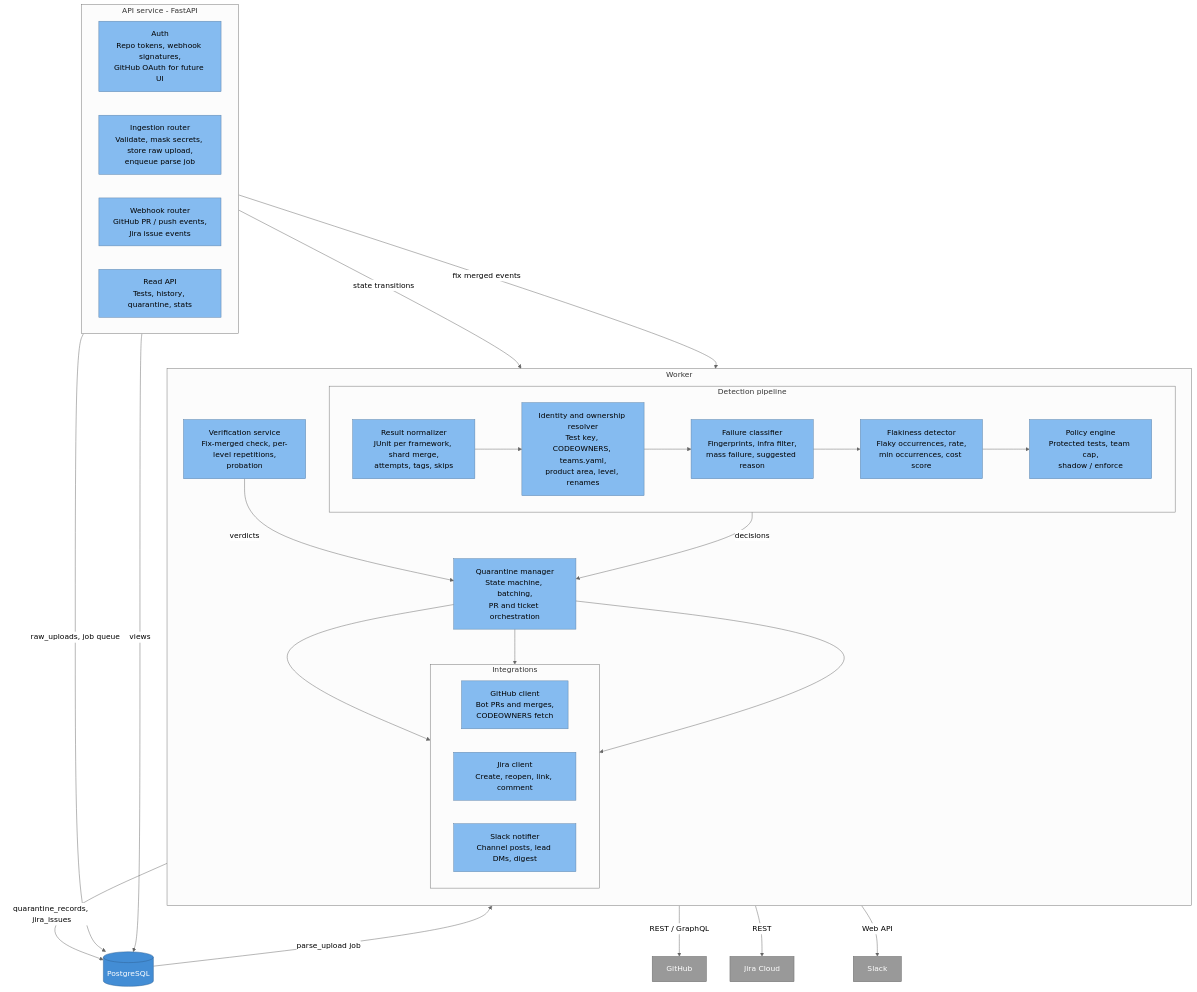
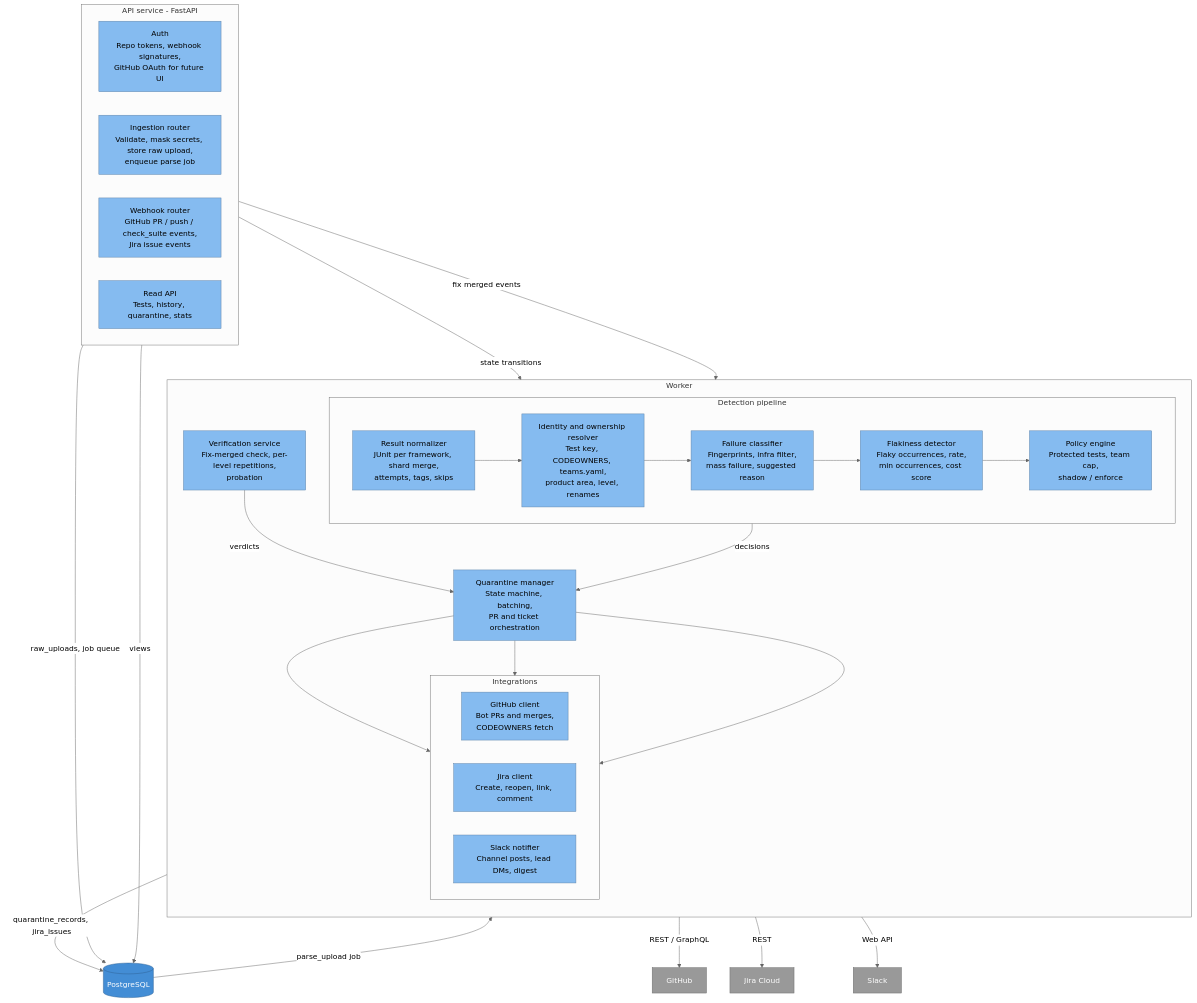
Before and after one commit to IrynaShkvirko/quarantine-tests: the third of 12 diagrams in docs/architecture.md, drawn with Mermaid (neutral theme). The commit also changed other lines of this file and 5 other files, not shown here.

````diff
--- a/docs/architecture.md
+++ b/docs/architecture.md
@@ -477,58 +477,58 @@
 ```mermaid
 flowchart TB
   subgraph apiB["API service - FastAPI"]
     direction LR
     auth["Auth<br/>Repo tokens, webhook signatures,<br/>GitHub OAuth for future UI"]
     ingest["Ingestion router<br/>Validate, mask secrets, store raw upload,<br/>enqueue parse job"]
-    hooks["Webhook router<br/>GitHub PR / push events,<br/>Jira issue events"]
+    hooks["Webhook router<br/>GitHub PR / push / check_suite events,<br/>Jira issue events"]
     read["Read API<br/>Tests, history, quarantine, stats"]
   end
 
   subgraph workerB["Worker"]
     direction TB
     subgraph pipeline["Detection pipeline"]
       direction LR
       norm["Result normalizer<br/>JUnit per framework, shard merge,<br/>attempts, tags, skips"]
       resolver["Identity and ownership resolver<br/>Test key, CODEOWNERS, teams.yaml,<br/>product area, level, renames"]
       classifier["Failure classifier<br/>Fingerprints, infra filter,<br/>mass failure, suggested reason"]
       detector["Flakiness detector<br/>Flaky occurrences, rate,<br/>min occurrences, cost score"]
       policy["Policy engine<br/>Protected tests, team cap,<br/>shadow / enforce"]
       norm --> resolver --> classifier --> detector --> policy
     end
     qm["Quarantine manager<br/>State machine, batching,<br/>PR and ticket orchestration"]
     verify["Verification service<br/>Fix-merged check, per-level repetitions,<br/>probation"]
     subgraph integ["Integrations"]
       direction LR
       ghc["GitHub client<br/>Bot PRs and merges,<br/>CODEOWNERS fetch"]
       jc["Jira client<br/>Create, reopen, link, comment"]
       sn["Slack notifier<br/>Channel posts, lead DMs, digest"]
     end
     policy -->|decisions| qm
     verify -->|verdicts| qm
     qm --> ghc
     qm --> jc
     qm --> sn
   end
 
   db[("PostgreSQL")]
   github["GitHub"]
   jira["Jira Cloud"]
   slack["Slack"]
 
   ingest -->|raw_uploads, job queue| db
   db -->|parse_upload job| norm
   hooks -->|state transitions| qm
   hooks -->|fix merged events| verify
   read -->|views| db
   qm -->|quarantine_records, jira_issues| db
   ghc -->|REST / GraphQL| github
   jc -->|REST| jira
   sn -->|Web API| slack
 
   classDef comp fill:#85bbf0,stroke:#5d82a8,color:#000
   classDef ext fill:#999999,stroke:#6b6b6b,color:#fff
   classDef store fill:#438dd5,stroke:#2e6295,color:#fff
   class auth,ingest,hooks,read,norm,resolver,classifier,detector,policy,qm,verify,ghc,jc,sn comp
   class github,jira,slack ext
   class db store
 ```
````
